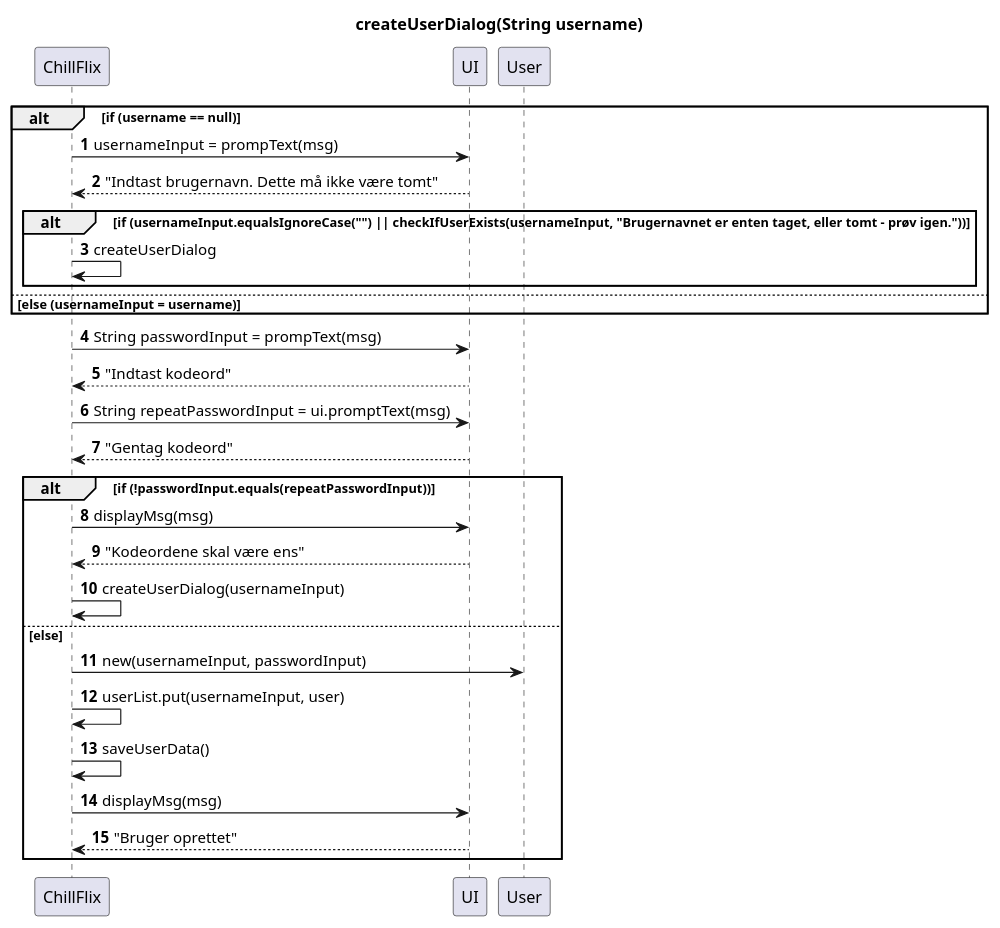
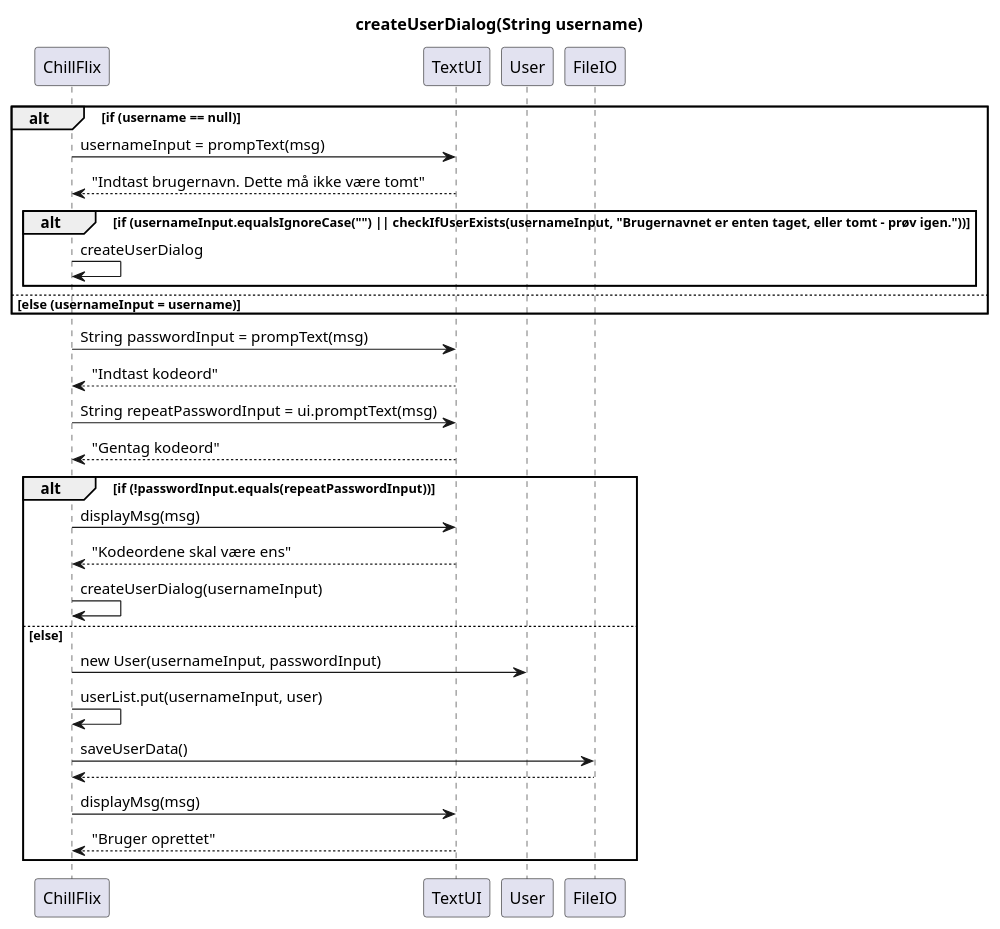
Before and after one commit to Falcho/SP3: the diagram in docs/sequenceDiagramCreateUserDialog.puml, drawn with PlantUML.

Commit message:
tilføjet FileIO

```diff
--- a/docs/sequenceDiagramCreateUserDialog.puml
+++ b/docs/sequenceDiagramCreateUserDialog.puml
@@ -1,36 +1,37 @@
 @startuml
 'https://plantuml.com/sequence-diagram
 title createUserDialog(String username)
 
 participant ChillFlix
-participant UI
+participant TextUI as UI
 participant User
 
-autonumber
+
 
 alt if (username == null)
     ChillFlix -> UI: usernameInput = prompText(msg)
     UI --> ChillFlix: "Indtast brugernavn. Dette må ikke være tomt"
 
     alt if (usernameInput.equalsIgnoreCase("") || checkIfUserExists(usernameInput, "Brugernavnet er enten taget, eller tomt - prøv igen."))
         ChillFlix -> ChillFlix: createUserDialog
     end
     else else (usernameInput = username)
     end
 
     ChillFlix -> UI: String passwordInput = prompText(msg)
     UI --> ChillFlix: "Indtast kodeord"
     ChillFlix -> UI: String repeatPasswordInput = ui.promptText(msg)
     UI --> ChillFlix: "Gentag kodeord"
     alt if (!passwordInput.equals(repeatPasswordInput))
         ChillFlix -> UI: displayMsg(msg)
         UI --> ChillFlix: "Kodeordene skal være ens"
         ChillFlix -> ChillFlix: createUserDialog(usernameInput)
     else else
-    ChillFlix -> User: new(usernameInput, passwordInput)
+    ChillFlix -> User: new User(usernameInput, passwordInput)
     ChillFlix -> ChillFlix: userList.put(usernameInput, user)
-    ChillFlix -> ChillFlix: saveUserData()
+    ChillFlix -> FileIO: saveUserData()
+    FileIO --> ChillFlix
     ChillFlix -> UI: displayMsg(msg)
     UI --> ChillFlix: "Bruger oprettet"
     end
 @enduml
```
